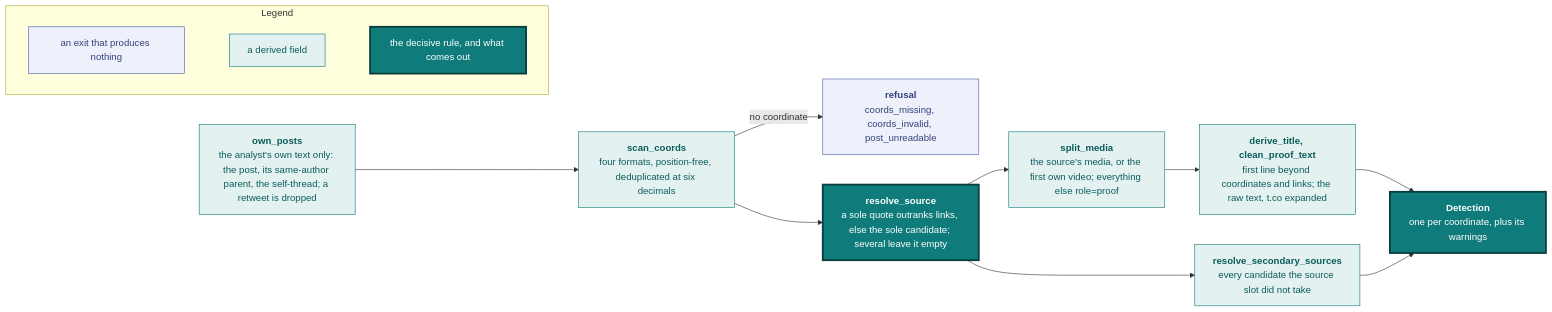
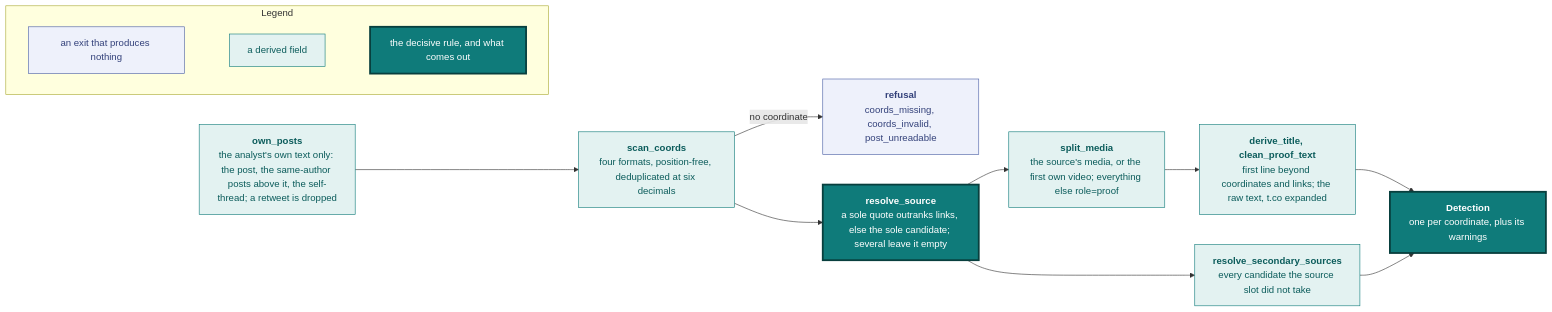
The second of 6 diagrams in docs/ingestion.md (vidithq/vidit), drawn with Mermaid before and after one commit. The commit also changed other lines of this file and 14 other files, not shown here.

First line of the commit message:
fix(bot): a bare tag re-anchors on the coordinate post above it (#303)

````diff
--- a/docs/ingestion.md
+++ b/docs/ingestion.md
@@ -77,36 +77,36 @@
 ```mermaid
 flowchart LR
   classDef spec fill:#eef1fb,stroke:#4a5fa5,color:#33417a
   classDef shared fill:#e3f2f1,stroke:#0f7b7a,color:#0b5c5b
   classDef core fill:#0f7b7a,stroke:#083f3e,stroke-width:3px,color:#ffffff
 
   subgraph legend [Legend]
     direction LR
     l1["`an exit that produces nothing`"]:::spec
     l2["`a derived field`"]:::shared
     l3["`the decisive rule, and what comes out`"]:::core
     l1 ~~~ l2 ~~~ l3
   end
 
   text["`**own_posts**
-  the analyst's own text only: the post, its same-author parent, the self-thread; a retweet is dropped`"]:::shared
+  the analyst's own text only: the post, the same-author posts above it, the self-thread; a retweet is dropped`"]:::shared
   coords["`**scan_coords**
   four formats, position-free, deduplicated at six decimals`"]:::shared
   refuse["`**refusal**
   coords_missing, coords_invalid, post_unreadable`"]:::spec
   src["`**resolve_source**
   a sole quote outranks links, else the sole candidate; several leave it empty`"]:::core
   sec["`**resolve_secondary_sources**
   every candidate the source slot did not take`"]:::shared
   media["`**split_media**
   the source's media, or the first own video; everything else role=proof`"]:::shared
   title["`**derive_title, clean_proof_text**
   first line beyond coordinates and links; the raw text, t.co expanded`"]:::shared
   detection["`**Detection**
   one per coordinate, plus its warnings`"]:::core
 
   text --> coords
   coords -- "no coordinate" --> refuse
   coords --> src --> media --> title --> detection
   src --> sec --> detection
 ```
````
